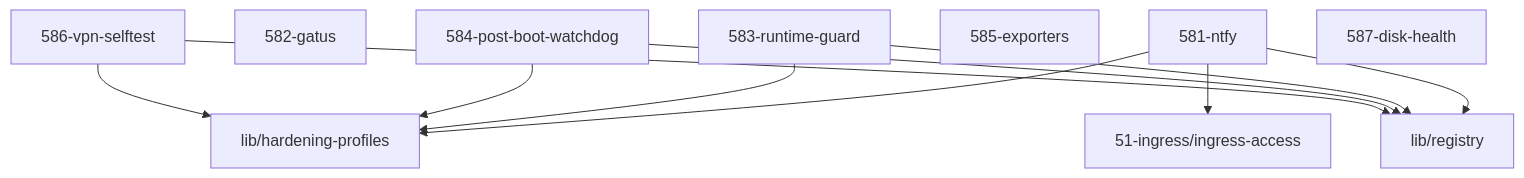
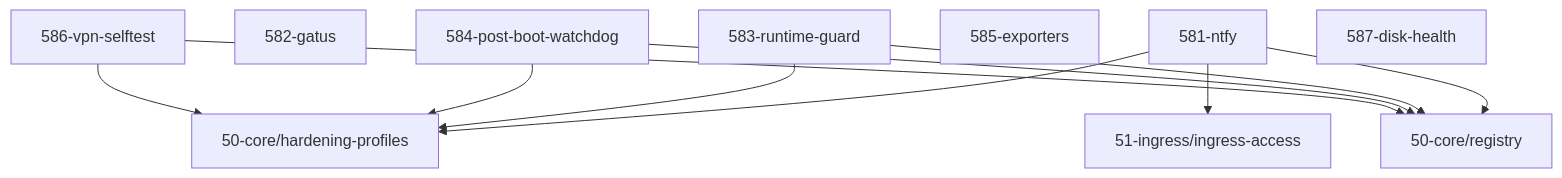
Before and after one commit to grapefruit89/mediNix-core: the diagram in 58-observability/AGENTS.md, drawn with Mermaid. The commit also changed other lines of this file and 79 other files, not shown here.

Commit message:
refactor(repo): resolve lib/ into 50-core, packages, and tests

````diff
--- a/58-observability/AGENTS.md
+++ b/58-observability/AGENTS.md
@@ -56,15 +56,15 @@
 ```mermaid
 graph TD
-  581_ntfy["581-ntfy"] --> hardening_profiles["lib/hardening-profiles"]
-  581_ntfy["581-ntfy"] --> registry["lib/registry"]
+  581_ntfy["581-ntfy"] --> hardening_profiles["50-core/hardening-profiles"]
+  581_ntfy["581-ntfy"] --> registry["50-core/registry"]
   581_ntfy["581-ntfy"] --> ingress_access["51-ingress/ingress-access"]
   582_gatus["582-gatus"]
-  583_runtime_guard["583-runtime-guard"] --> hardening_profiles["lib/hardening-profiles"]
-  583_runtime_guard["583-runtime-guard"] --> registry["lib/registry"]
-  584_post_boot_watchdog["584-post-boot-watchdog"] --> hardening_profiles["lib/hardening-profiles"]
-  584_post_boot_watchdog["584-post-boot-watchdog"] --> registry["lib/registry"]
+  583_runtime_guard["583-runtime-guard"] --> hardening_profiles["50-core/hardening-profiles"]
+  583_runtime_guard["583-runtime-guard"] --> registry["50-core/registry"]
+  584_post_boot_watchdog["584-post-boot-watchdog"] --> hardening_profiles["50-core/hardening-profiles"]
+  584_post_boot_watchdog["584-post-boot-watchdog"] --> registry["50-core/registry"]
   585_exporters["585-exporters"]
-  586_vpn_selftest["586-vpn-selftest"] --> registry["lib/registry"]
-  586_vpn_selftest["586-vpn-selftest"] --> hardening_profiles["lib/hardening-profiles"]
+  586_vpn_selftest["586-vpn-selftest"] --> registry["50-core/registry"]
+  586_vpn_selftest["586-vpn-selftest"] --> hardening_profiles["50-core/hardening-profiles"]
   587_disk_health["587-disk-health"]
 ```
````
